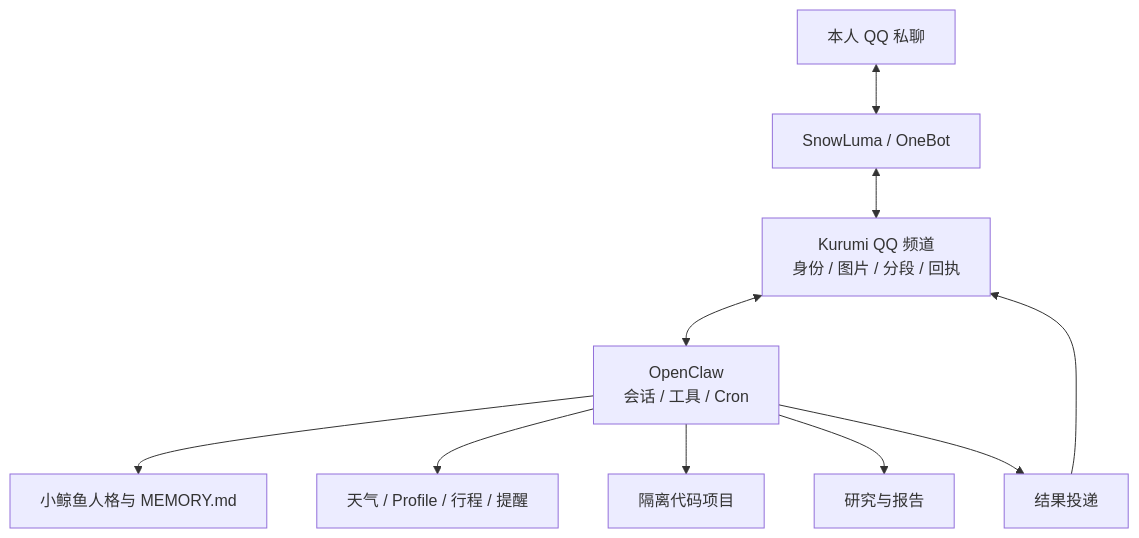
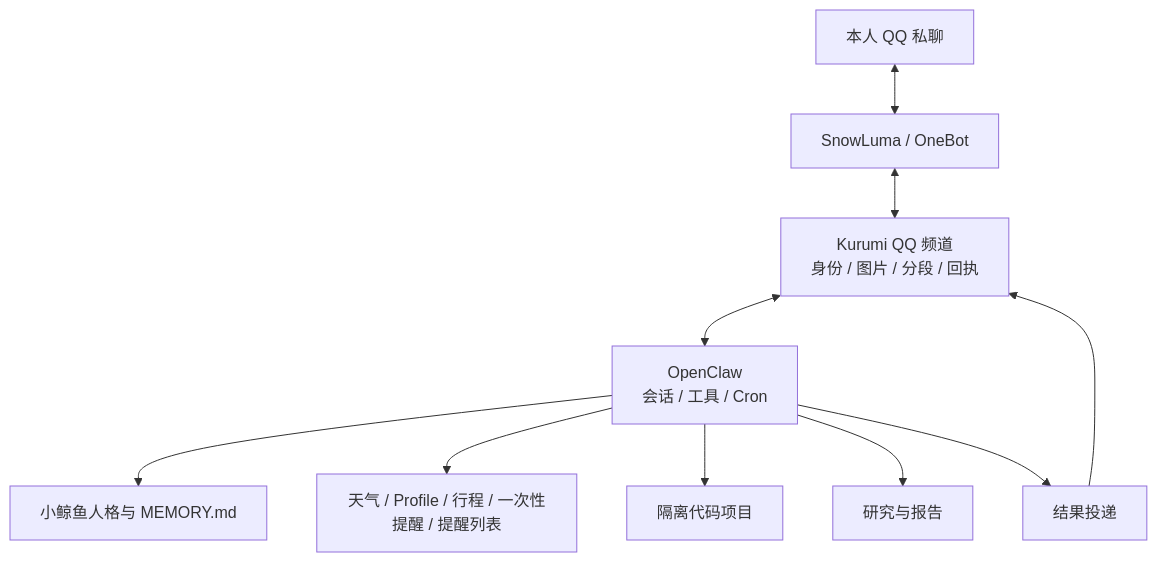
Before and after one commit to zsh-afrangry/MyBot: the diagram in docs/9_QQ融合助手架构与开发计划.md, drawn with Mermaid. The commit also changed other lines of this file and 40 other files, not shown here.

````diff
--- a/docs/9_QQ融合助手架构与开发计划.md
+++ b/docs/9_QQ融合助手架构与开发计划.md
@@ -9,12 +9,12 @@
 ```mermaid
 flowchart TD
   Q[本人 QQ 私聊] <--> S[SnowLuma / OneBot]
   S <--> C[Kurumi QQ 频道\n身份 / 图片 / 分段 / 回执]
   C <--> O[OpenClaw\n会话 / 工具 / Cron]
   O --> P[小鲸鱼人格与 MEMORY.md]
-  O --> B[天气 / Profile / 行程 / 提醒]
+  O --> B[天气 / Profile / 行程 / 一次性提醒 / 提醒列表]
   O --> W[隔离代码项目]
   O --> R[研究与报告]
   O --> D[结果投递]
   D --> C
 ```
````
